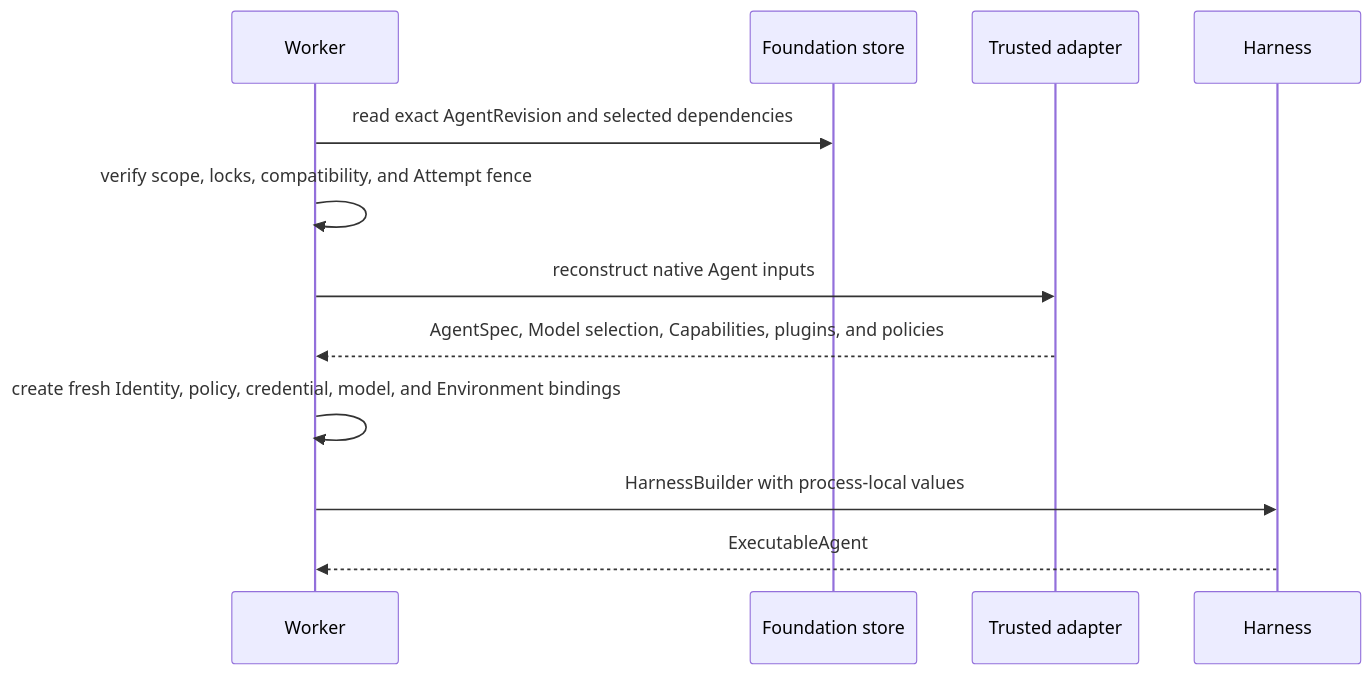
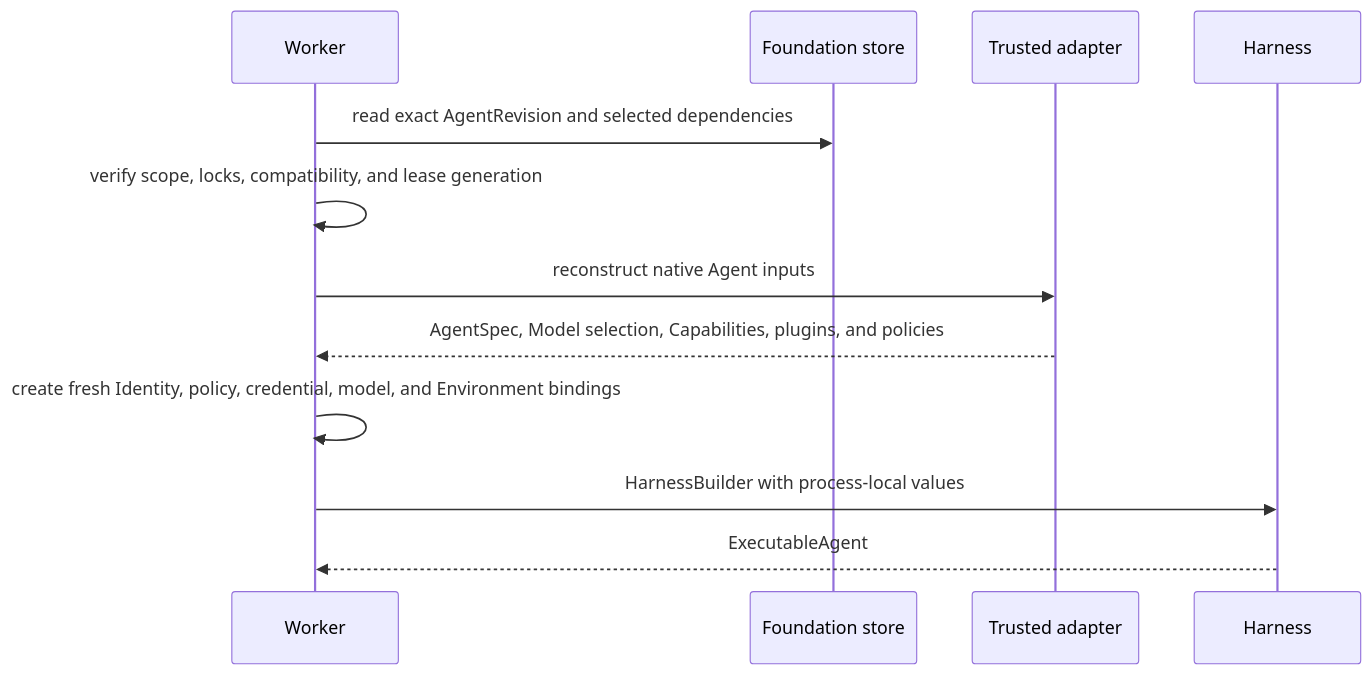
One commit to converge-ai-labs/agent-foundation changed the second of 2 diagrams in spec/foundation-service/02-agent-revisions-and-reconstruction.md. Above: the diagram before and after it, drawn with Mermaid. The commit also changed other lines of this file and 29 other files, not shown here.

````diff
--- a/spec/foundation-service/02-agent-revisions-and-reconstruction.md
+++ b/spec/foundation-service/02-agent-revisions-and-reconstruction.md
@@ -55,15 +55,15 @@
 ```mermaid
 sequenceDiagram
     participant Worker
     participant Store as Foundation store
     participant Adapter as Trusted adapter
     participant Harness
 
     Worker->>Store: read exact AgentRevision and selected dependencies
-    Worker->>Worker: verify scope, locks, compatibility, and Attempt fence
+    Worker->>Worker: verify scope, locks, compatibility, and lease generation
     Worker->>Adapter: reconstruct native Agent inputs
     Adapter-->>Worker: AgentSpec, Model selection, Capabilities, plugins, and policies
     Worker->>Worker: create fresh Identity, policy, credential, model, and Environment bindings
     Worker->>Harness: HarnessBuilder with process-local values
     Harness-->>Worker: ExecutableAgent
 ```
````
